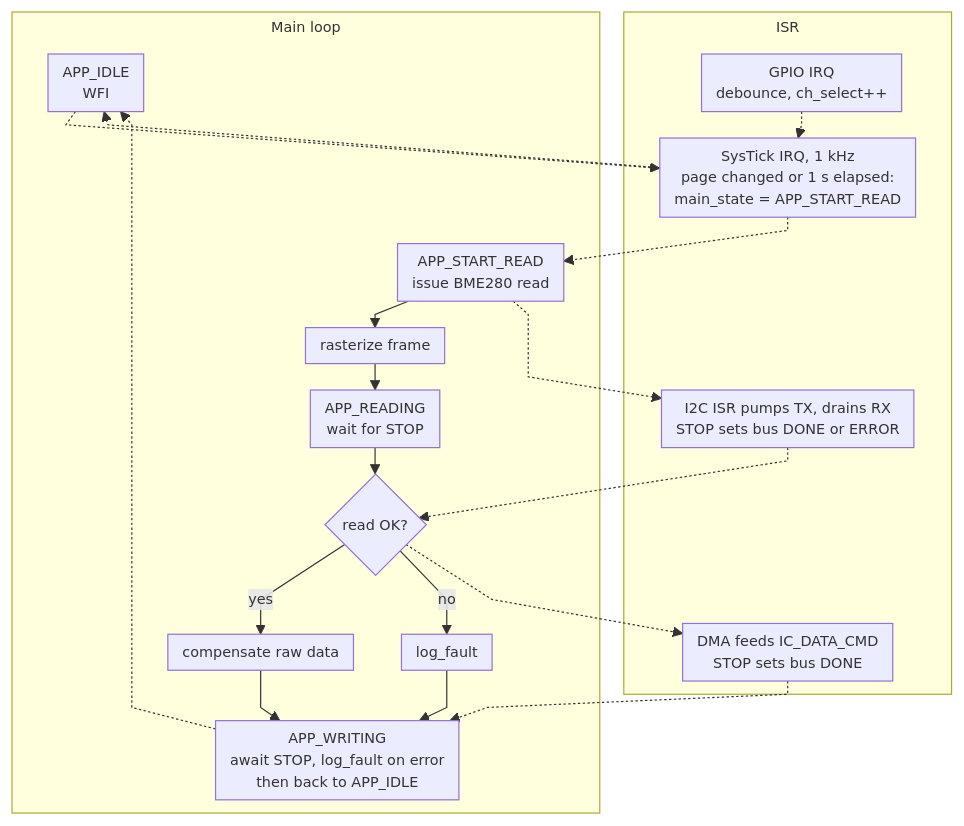
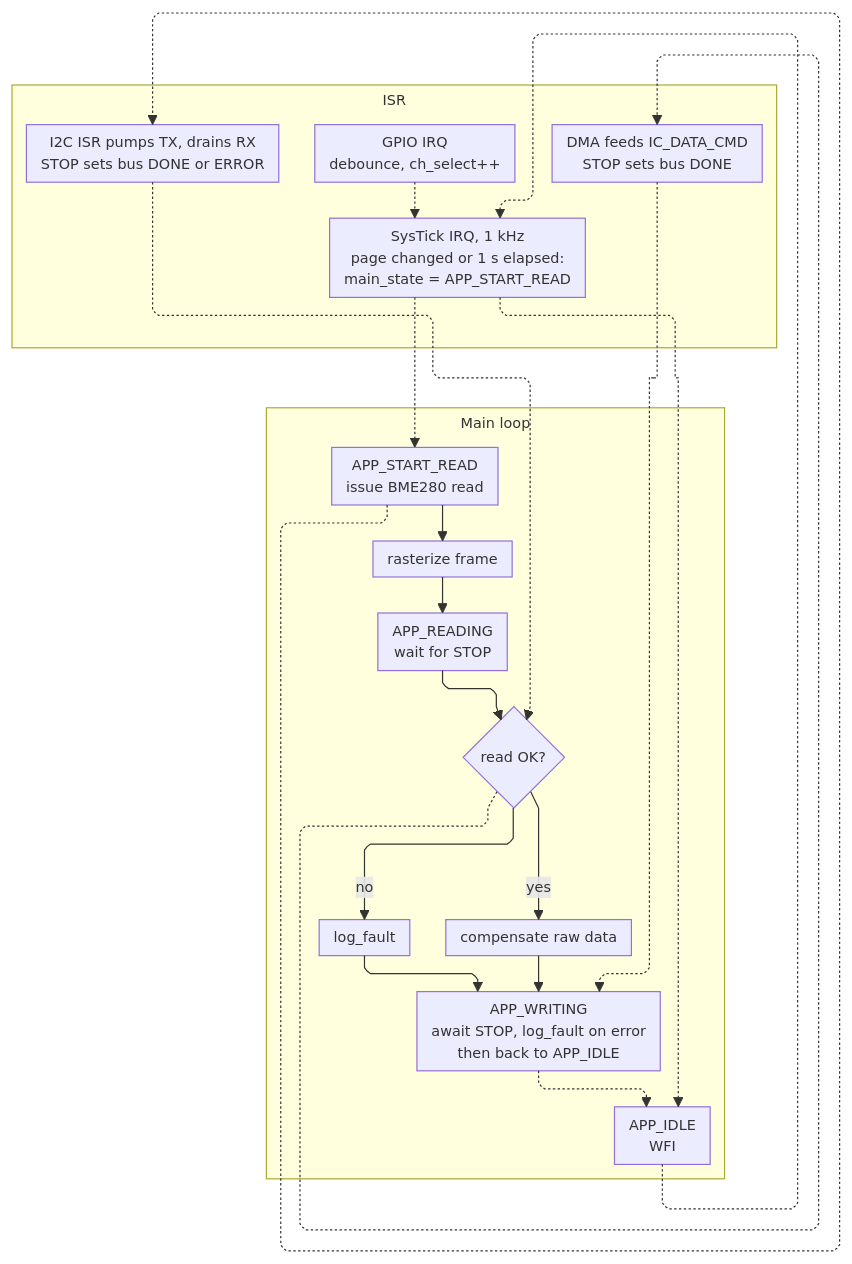
One commit to Vasilis-Narain/rp2350-baremetal-weather-station changed the diagram in README.md. Above: the diagram before and after it, drawn with Mermaid.

````diff
--- a/README.md
+++ b/README.md
@@ -57,31 +57,31 @@
 ```mermaid
-%%{init: {"themeVariables": {"fontSize": "12px"}, "flowchart": {"nodeSpacing": 40, "rankSpacing": 22, "padding": 6, "diagramPadding": 10, "curve": "linear", "subGraphTitleMargin": {"top": 4, "bottom": 20}}}}%%
+%%{init: {"themeVariables": {"fontSize": "12px"}, "flowchart": {"defaultRenderer":"elk", "nodeSpacing": 40, "rankSpacing": 22, "padding": 6, "diagramPadding": 10, "curve": "linear", "subGraphTitleMargin": {"top": 4, "bottom": 20}}}}%%
 flowchart TB
     subgraph MAIN["Main loop"]
         I["APP_IDLE<br/>WFI"]
         S["APP_START_READ<br/>issue BME280 read"] --> R["rasterize frame"]
         R --> RD["APP_READING<br/>wait for STOP"]
         RD --> OK{"read OK?"}
         OK -- yes --> C["compensate raw data"]
         OK -- no --> LF["log_fault"]
         C --> W["APP_WRITING<br/>await STOP, log_fault on error<br/>then back to APP_IDLE"]
         LF --> W
     end
 
     subgraph ISR 
         BTN["GPIO IRQ<br/>debounce, ch_select++"]
         SYS["SysTick IRQ, 1 kHz<br/>page changed or 1 s elapsed:<br/>main_state = APP_START_READ"]
         ISR["I2C ISR pumps TX, drains RX<br/>STOP sets bus DONE or ERROR"]
         DF["DMA feeds IC_DATA_CMD<br/>STOP sets bus DONE"]
     end
 
     I -.-> SYS
     SYS -.-> I
     BTN -.-> SYS
     SYS -.-> S
     S -.-> ISR
     DF -.-> W
     W -.->I
     ISR -.->OK
     OK -.-> DF
 ```
````
